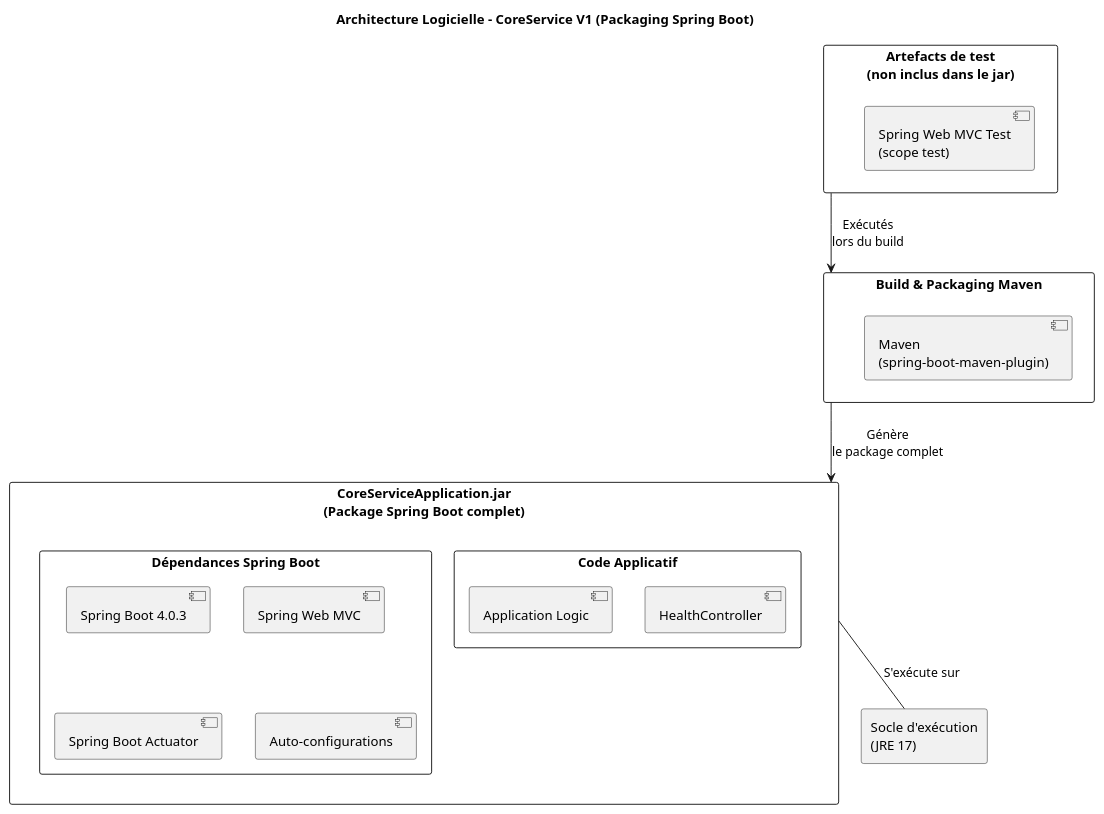
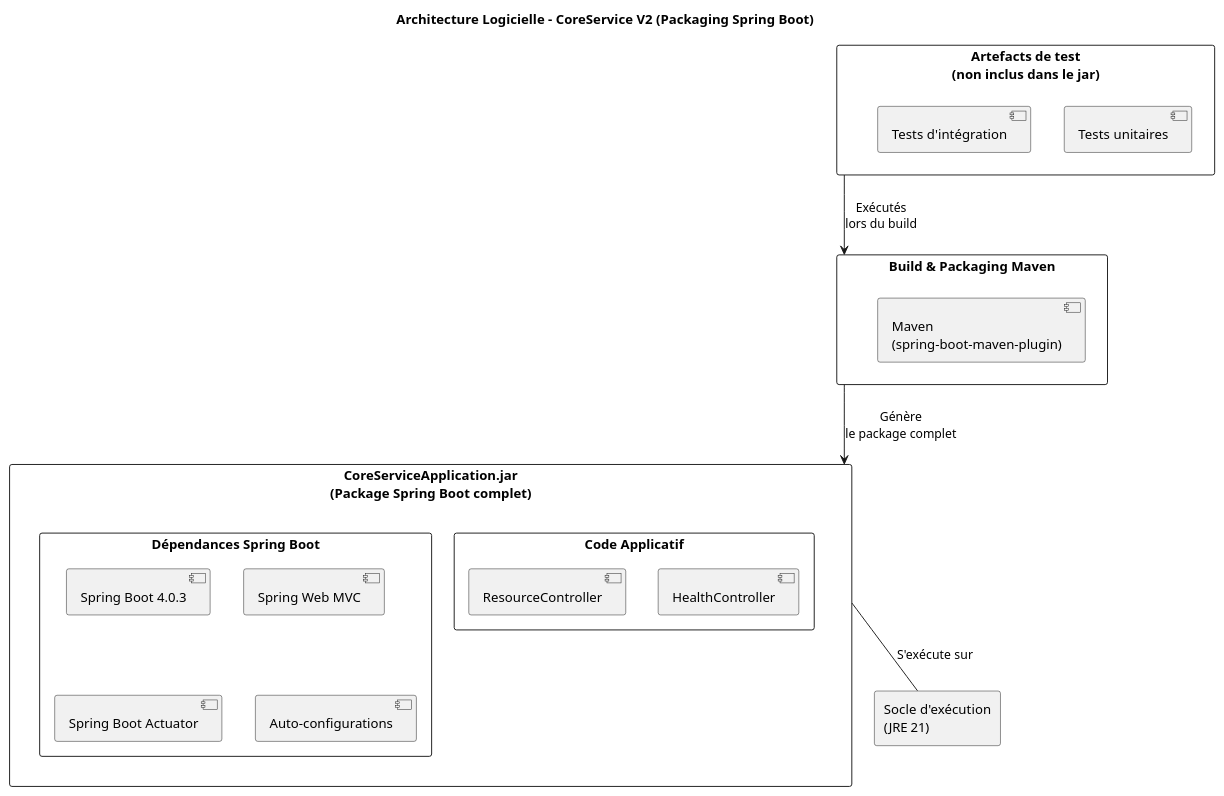
The diagram in docs/v2/architecture/archi_logicielle.puml (vcharrie/demo_application), drawn with PlantUML before and after one commit. The commit also changed 29 other files, not shown here.

```diff
--- a/docs/v2/architecture/archi_logicielle.puml
+++ b/docs/v2/architecture/archi_logicielle.puml
@@ -1,37 +1,38 @@
 @startuml
-title Architecture Logicielle – CoreService V1 (Packaging Spring Boot)
+title Architecture Logicielle – CoreService V2 (Packaging Spring Boot)
 
 ' --- Socle d'exécution ---
-rectangle "Socle d'exécution\n(JRE 17)" as Runtime
+rectangle "Socle d'exécution\n(JRE 21)" as Runtime
 
 ' --- Application packagée ---
 rectangle "CoreServiceApplication.jar\n(Package Spring Boot complet)" as Jar {
 
   rectangle "Code Applicatif" as Code {
     component "HealthController"
-    component "Application Logic"
+    component "ResourceController"
   }
 
   rectangle "Dépendances Spring Boot" as SpringDeps {
     component "Spring Boot 4.0.3"
     component "Spring Web MVC"
     component "Spring Boot Actuator"
     component "Auto-configurations"
   }
 }
 
 ' --- Tests séparés ---
 rectangle "Artefacts de test\n(non inclus dans le jar)" as Tests {
-  component "Spring Web MVC Test\n(scope test)" as WebMvcTest
+  component "Tests unitaires"
+  component "Tests d'intégration"
 }
 
 ' --- Build Maven externe ---
 rectangle "Build & Packaging Maven" as Build {
   component "Maven\n(spring-boot-maven-plugin)"
 }
 
 Build --> Jar : Génère\nle package complet
 Tests --> Build : Exécutés\nlors du build
 Jar -down- Runtime : S'exécute sur
 
 @enduml
```
